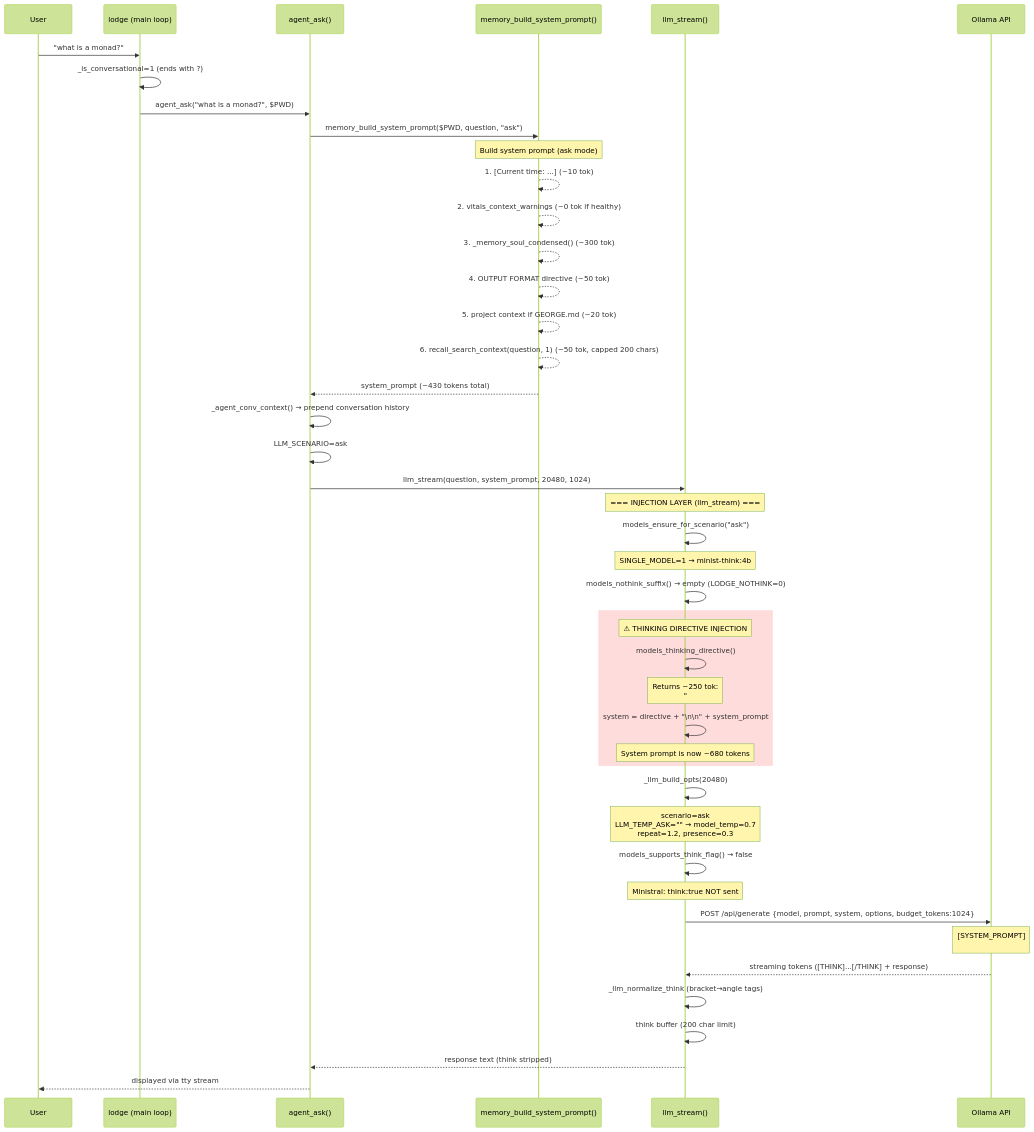
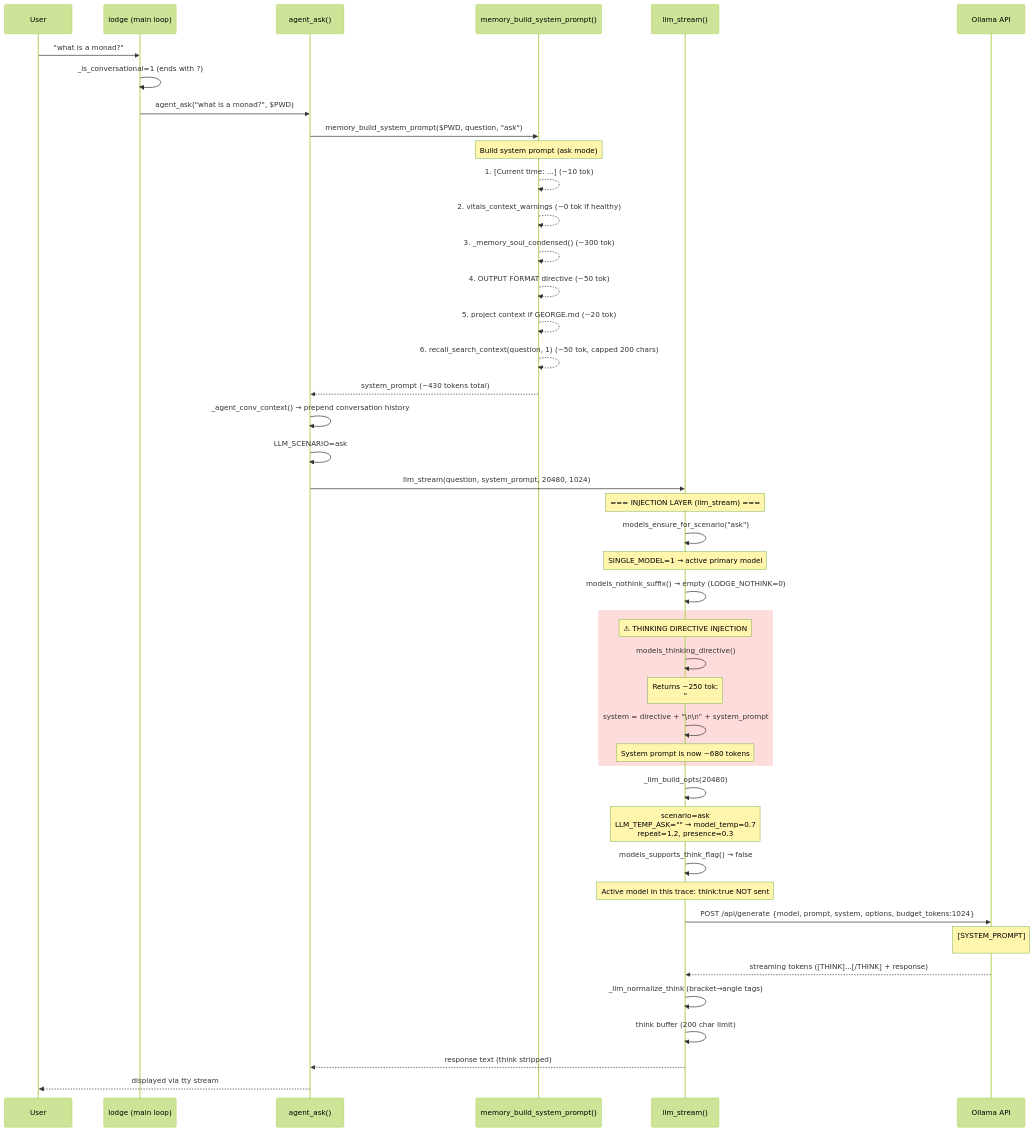
Before and after one commit to dabe-19/blue-lodge-public: the first of 4 diagrams in docs/LLM_CALL_MAPS.md, drawn with Mermaid (forest theme). The commit also changed other lines of this file and 92 other files, not shown here.

````diff
--- a/docs/LLM_CALL_MAPS.md
+++ b/docs/LLM_CALL_MAPS.md
@@ -25,58 +29,58 @@
 ```mermaid
 sequenceDiagram
     participant U as User
     participant L as lodge (main loop)
     participant A as agent_ask()
     participant M as memory_build_system_prompt()
     participant LLM as llm_stream()
     participant O as Ollama API
 
     U->>L: "what is a monad?"
     L->>L: _is_conversational=1 (ends with ?)
     L->>A: agent_ask("what is a monad?", $PWD)
 
     A->>M: memory_build_system_prompt($PWD, question, "ask")
     Note over M: Build system prompt (ask mode)
     M-->>M: 1. [Current time: ...] (~10 tok)
     M-->>M: 2. vitals_context_warnings (~0 tok if healthy)
     M-->>M: 3. _memory_soul_condensed() (~300 tok)
     M-->>M: 4. OUTPUT FORMAT directive (~50 tok)
     M-->>M: 5. project context if GEORGE.md (~20 tok)
     M-->>M: 6. recall_search_context(question, 1) (~50 tok, capped 200 chars)
     M-->>A: system_prompt (~430 tokens total)
 
     A->>A: _agent_conv_context() → prepend conversation history
     A->>A: LLM_SCENARIO=ask
 
     A->>LLM: llm_stream(question, system_prompt, 20480, 1024)
 
     Note over LLM: === INJECTION LAYER (llm_stream) ===
     LLM->>LLM: models_ensure_for_scenario("ask")
-    Note over LLM: SINGLE_MODEL=1 → minist-think:4b
+    Note over LLM: SINGLE_MODEL=1 → active primary model
 
     LLM->>LLM: models_nothink_suffix() → empty (LODGE_NOTHINK=0)
 
     rect rgb(255, 220, 220)
         Note over LLM: ⚠ THINKING DIRECTIVE INJECTION
         LLM->>LLM: models_thinking_directive()
         Note over LLM: Returns ~250 tok:<br/>  "# HOW YOU SHOULD THINK..."<br/>  "[THINK]...[/THINK]..."<br/>  "# WHO YOU ARE"<br/>  "You ARE George..."
         LLM->>LLM: system = directive + "\n\n" + system_prompt
         Note over LLM: System prompt is now ~680 tokens
     end
 
     LLM->>LLM: _llm_build_opts(20480)
     Note over LLM: scenario=ask<br/>LLM_TEMP_ASK="" → model_temp=0.7<br/>repeat=1.2, presence=0.3
 
     LLM->>LLM: models_supports_think_flag() → false
-    Note over LLM: Ministral: think:true NOT sent
+    Note over LLM: Active model in this trace: think:true NOT sent
 
     LLM->>O: POST /api/generate {model, prompt, system, options, budget_tokens:1024}
 
     Note over O: [SYSTEM_PROMPT]<br/>  # HOW YOU SHOULD THINK AND ANSWER (injected, ~250 tok)<br/>  [time] + condensed_soul + format rules (ask, ~430 tok)<br/>[/SYSTEM_PROMPT]<br/>[INST]what is a monad?[/INST]
 
     O-->>LLM: streaming tokens ([THINK]...[/THINK] + response)
     LLM->>LLM: _llm_normalize_think (bracket→angle tags)
     LLM->>LLM: think buffer (200 char limit)
     LLM-->>A: response text (think stripped)
     A-->>U: displayed via tty stream
 ```
````
